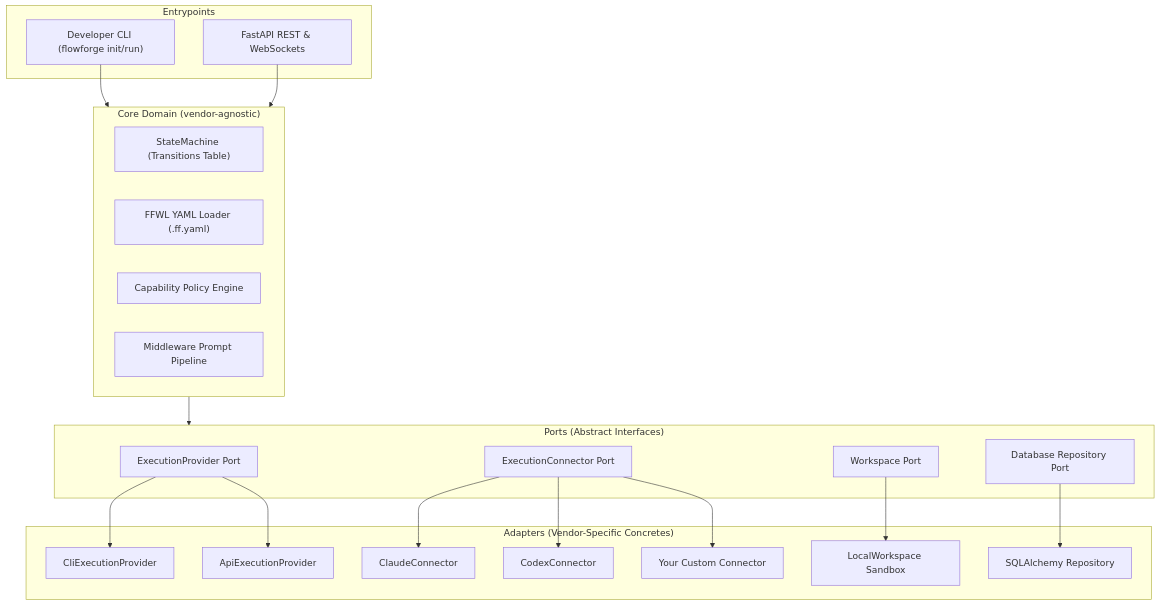
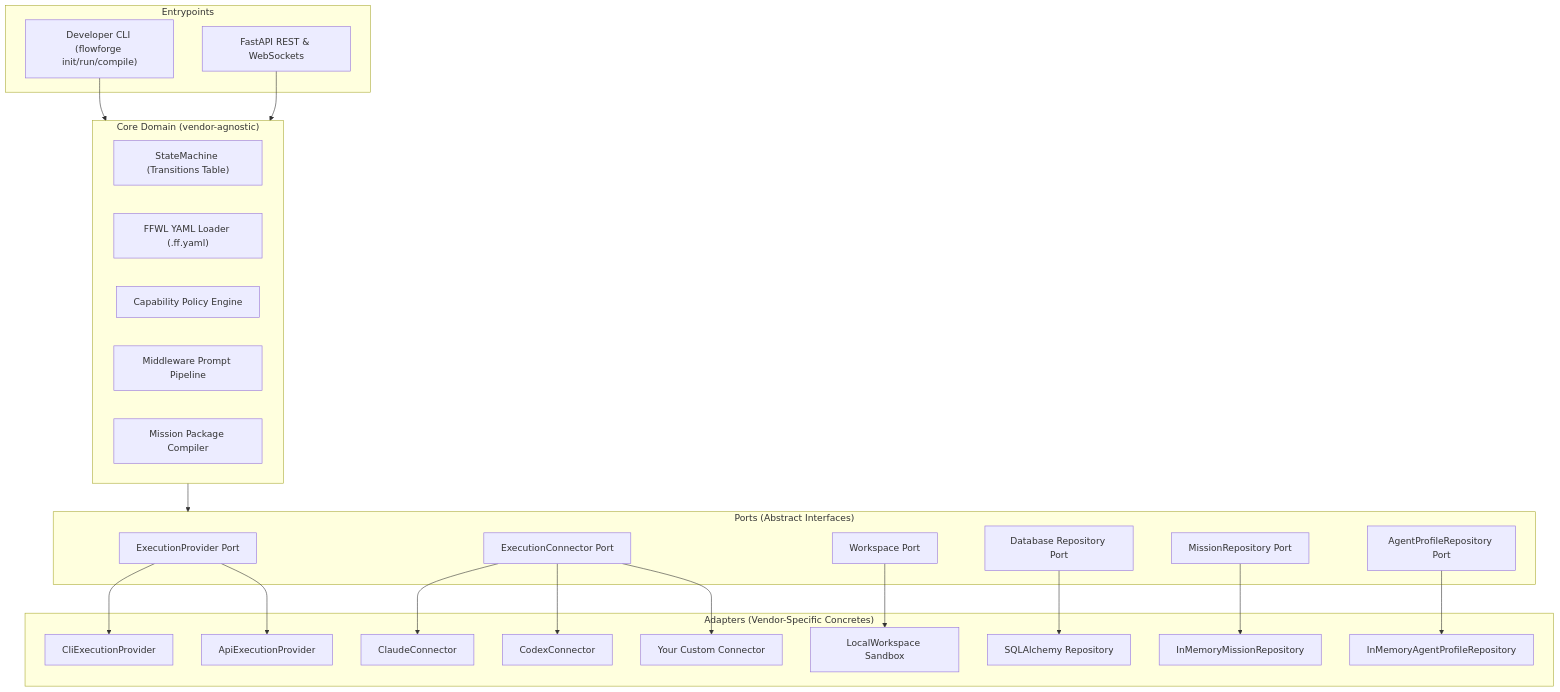
One commit to adityabriananto/flowforge changed the diagram in README.md. Above: the diagram before and after it, drawn with Mermaid. The commit also changed other lines of this file, not shown here.

Commit message:
docs: update README.md to document Mission System, Agent Profile System, and Mission Package Compiler

````diff
--- a/README.md
+++ b/README.md
@@ -58,42 +61,49 @@
 ```mermaid
 graph TD
     subgraph Entrypoints
-        CLI["Developer CLI (flowforge init/run)"]
+        CLI["Developer CLI (flowforge init/run/compile)"]
         FastAPI["FastAPI REST & WebSockets"]
     end
 
     subgraph CoreDomain["Core Domain (vendor-agnostic)"]
         StateMachine["StateMachine (Transitions Table)"]
         YamlLoader["FFWL YAML Loader (.ff.yaml)"]
         PolicyEngine["Capability Policy Engine"]
         PromptPipeline["Middleware Prompt Pipeline"]
+        Compiler["Mission Package Compiler"]
     end
 
     subgraph Ports["Ports (Abstract Interfaces)"]
         EP["ExecutionProvider Port"]
         EC["ExecutionConnector Port"]
         WP["Workspace Port"]
         DB["Database Repository Port"]
+        MP["MissionRepository Port"]
+        AP["AgentProfileRepository Port"]
     end
 
     subgraph Adapters["Adapters (Vendor-Specific Concretes)"]
         CliExec["CliExecutionProvider"]
         ApiExec["ApiExecutionProvider"]
         ConnA["ClaudeConnector"]
         ConnB["CodexConnector"]
         ConnC["Your Custom Connector"]
         LocalWS["LocalWorkspace Sandbox"]
         SqliteDB["SQLAlchemy Repository"]
+        MemMP["InMemoryMissionRepository"]
+        MemAP["InMemoryAgentProfileRepository"]
     end
 
     CLI --> CoreDomain
     FastAPI --> CoreDomain
     CoreDomain --> Ports
     EP --> CliExec
     EP --> ApiExec
     EC --> ConnA
     EC --> ConnB
     EC --> ConnC
     WP --> LocalWS
     DB --> SqliteDB
+    MP --> MemMP
+    AP --> MemAP
 ```
````
